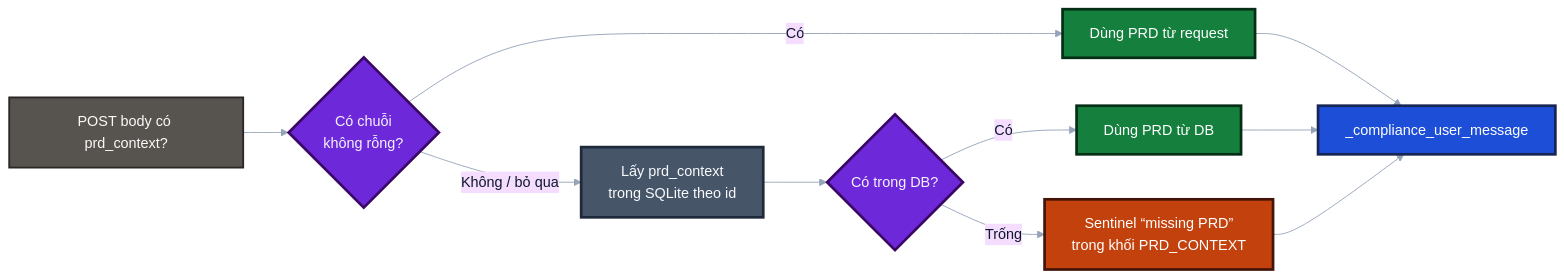
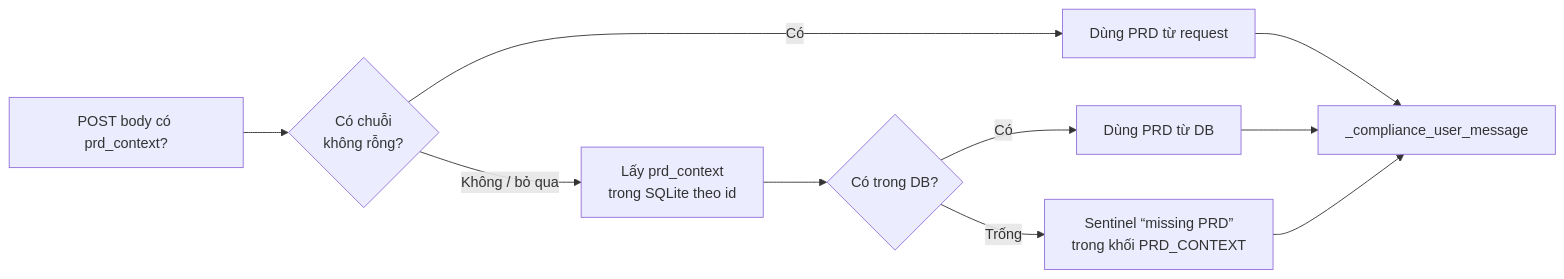
One commit to Tritintruong114/ai-agents-qa changed the second of 8 diagrams in README.md. Above: the diagram before and after it, drawn with Mermaid. The commit also changed other lines of this file, not shown here.

First line of the commit message:
docs(readme): simplify Mermaid diagrams (remove theme, classDef, node classes)

````diff
--- a/README.md
+++ b/README.md
@@ -197,21 +187,13 @@
 ```mermaid
-%%{init: {'theme':'base', 'themeVariables': {'lineColor': '#94a3b8', 'primaryTextColor': '#0f172a'}}}%%
 flowchart LR
-    classDef pass fill:#15803d,stroke:#052e16,color:#ffffff,stroke-width:3px;
-    classDef fail fill:#b91c1c,stroke:#450a0a,color:#ffffff,stroke-width:3px;
-    classDef warn fill:#c2410c,stroke:#431407,color:#ffffff,stroke-width:3px;
-    classDef db fill:#475569,stroke:#1e293b,color:#f8fafc,stroke-width:3px;
-    classDef neutral fill:#1d4ed8,stroke:#172554,color:#ffffff,stroke-width:3px;
-    classDef step fill:#57534e,stroke:#292524,color:#fafaf9,stroke-width:2px;
-    classDef decision fill:#6d28d9,stroke:#3b0764,color:#f5f3ff,stroke-width:3px;
 
-    A[POST body có prd_context?]:::step --> B{Có chuỗi<br/>không rỗng?}:::decision
-    B -->|Có| U[Dùng PRD từ request]:::pass
-    B -->|Không / bỏ qua| D[Lấy prd_context<br/>trong SQLite theo id]:::db
-    D --> E{Có trong DB?}:::decision
-    E -->|Có| U2[Dùng PRD từ DB]:::pass
-    E -->|Trống| S[Sentinel “missing PRD”<br/>trong khối PRD_CONTEXT]:::warn
-    U --> M[_compliance_user_message]:::neutral
+    A[POST body có prd_context?] --> B{Có chuỗi<br/>không rỗng?}
+    B -->|Có| U[Dùng PRD từ request]
+    B -->|Không / bỏ qua| D[Lấy prd_context<br/>trong SQLite theo id]
+    D --> E{Có trong DB?}
+    E -->|Có| U2[Dùng PRD từ DB]
+    E -->|Trống| S[Sentinel “missing PRD”<br/>trong khối PRD_CONTEXT]
+    U --> M[_compliance_user_message]
     U2 --> M
     S --> M
 ```
````
